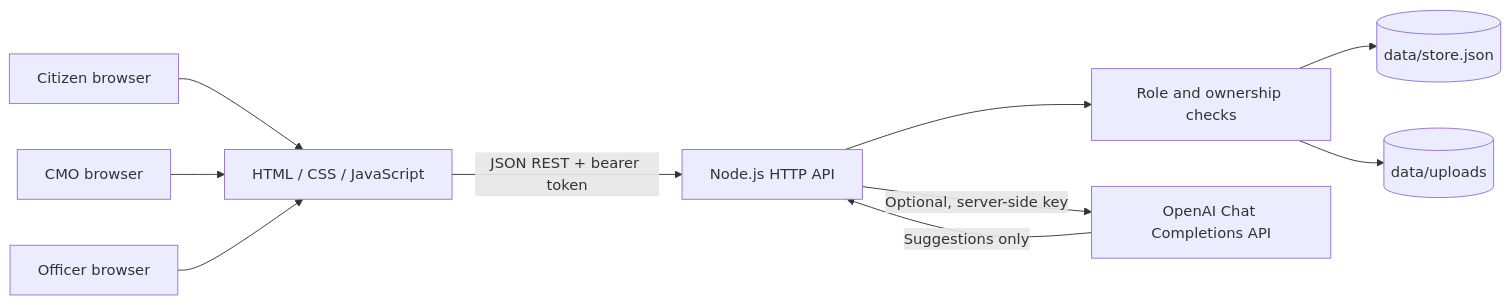
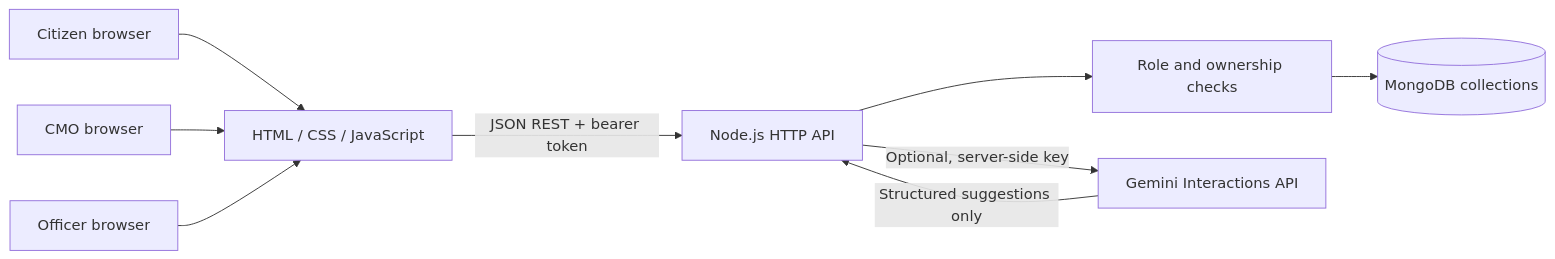
Before and after one commit to parthiv46/CM-public-grievance-portal: the diagram in DOCUMENTATION/02_System_Architecture.md, drawn with Mermaid. The commit also changed other lines of this file and 11 other files, not shown here.

````diff
--- a/DOCUMENTATION/02_System_Architecture.md
+++ b/DOCUMENTATION/02_System_Architecture.md
@@ -5,12 +5,11 @@
 ```mermaid
 flowchart LR
   Citizen[Citizen browser] --> UI[HTML / CSS / JavaScript]
   CMO[CMO browser] --> UI
   Officer[Officer browser] --> UI
   UI -->|JSON REST + bearer token| API[Node.js HTTP API]
   API --> Auth[Role and ownership checks]
-  Auth --> Store[(data/store.json)]
-  Auth --> Files[(data/uploads)]
-  API -->|Optional, server-side key| LLM[OpenAI Chat Completions API]
-  LLM -->|Suggestions only| API
+  Auth --> DB[(MongoDB collections)]
+  API -->|Optional, server-side key| Gemini[Gemini Interactions API]
+  Gemini -->|Structured suggestions only| API
 ```
````
